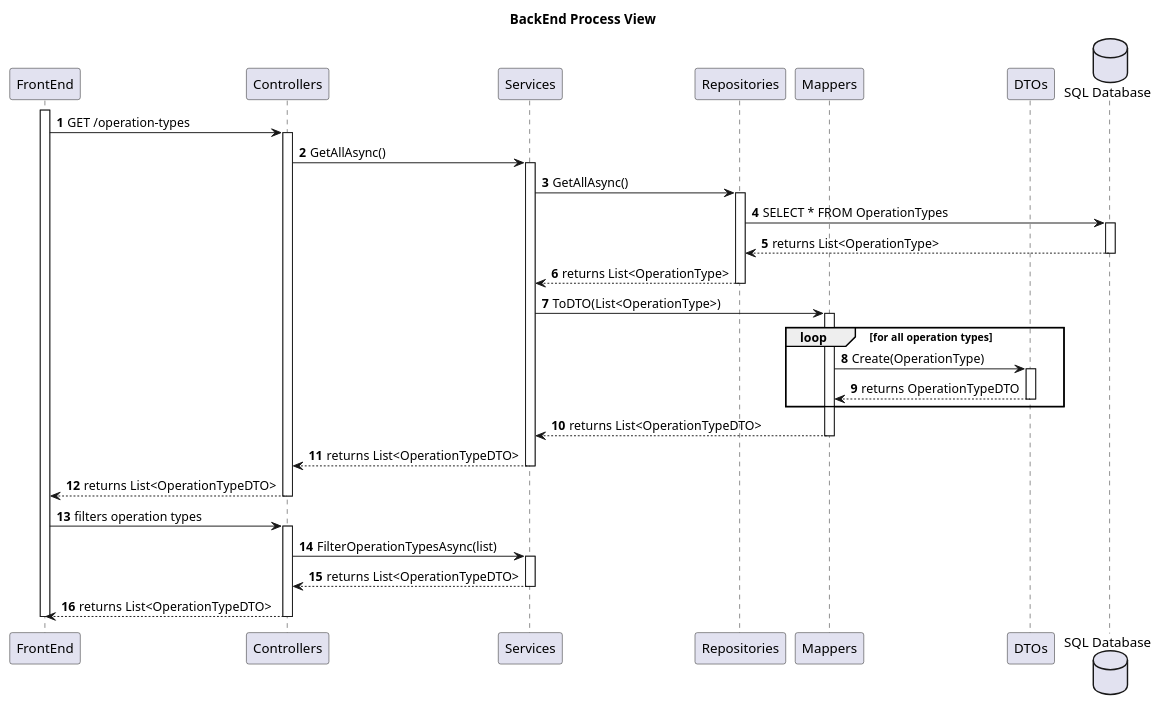
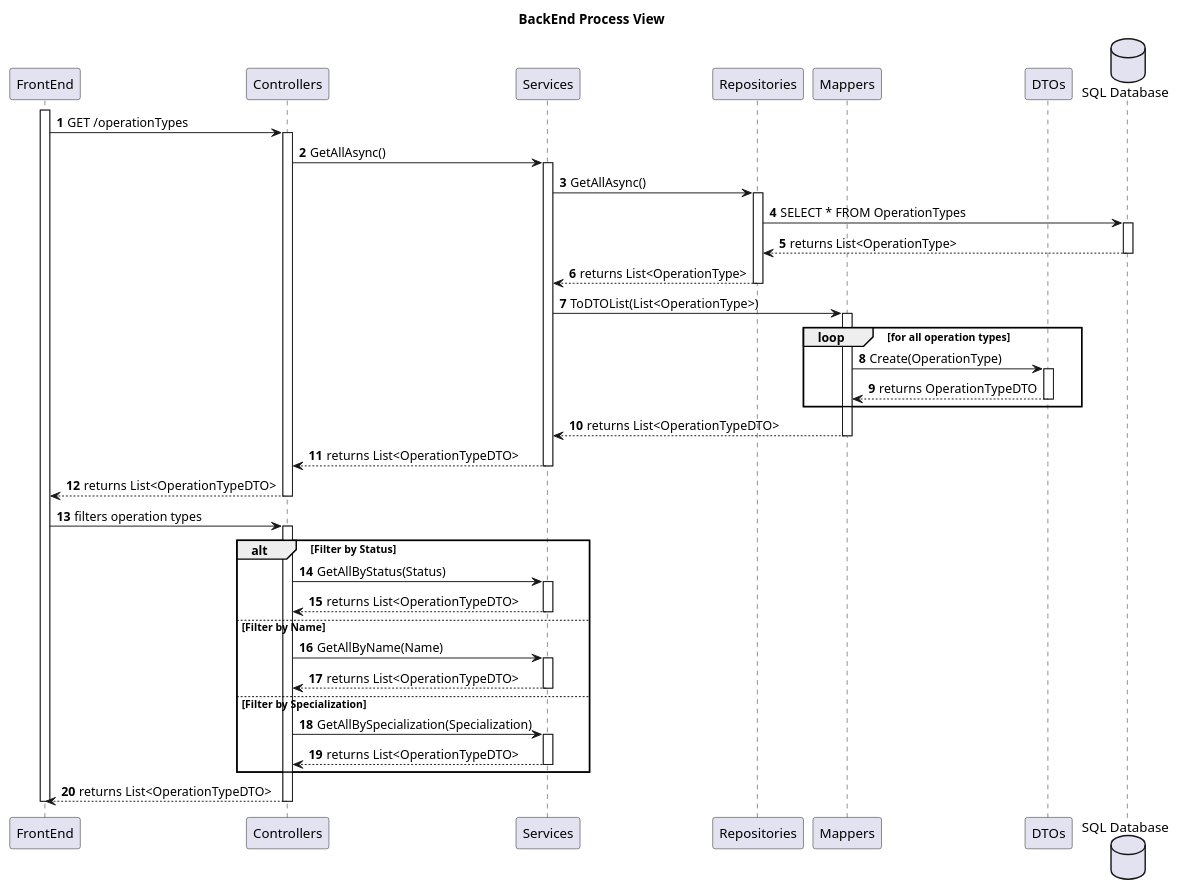
One commit to MiguelCardoso77/SurgicalSync-BackEnd changed the diagram in docs/SprintA/38-list-operation-types/level3/backend-process-view.puml. Above: the diagram before and after it, drawn with PlantUML. The commit also changed 10 other files, not shown here.

```diff
--- a/docs/SprintA/38-list-operation-types/level3/backend-process-view.puml
+++ b/docs/SprintA/38-list-operation-types/level3/backend-process-view.puml
@@ -1,67 +1,87 @@
  @startuml
 autonumber
 
 title BackEnd Process View
 
 participant "FrontEnd" as FE
 participant "Controllers" as CN
 participant "Services" as SV
 participant "Repositories" as REPO
 participant "Mappers" as MP
 participant "DTOs" as DTO
 database "SQL Database" as SQL
 
 activate FE
-    FE -> CN : GET /operation-types
+    FE -> CN : GET /operationTypes
     activate CN
         
         CN -> SV : GetAllAsync()
         activate SV
         
             SV -> REPO : GetAllAsync()
             activate REPO
             
                 REPO -> SQL : SELECT * FROM OperationTypes
                 activate SQL
                 
                     SQL --> REPO : returns List<OperationType>
                 deactivate SQL
             
                 REPO --> SV : returns List<OperationType>
             deactivate REPO
             
-            SV -> MP : ToDTO(List<OperationType>)
+            SV -> MP : ToDTOList(List<OperationType>)
             activate MP
             
 loop for all operation types
                 MP -> DTO : Create(OperationType)
                 activate DTO
                 
                     DTO --> MP : returns OperationTypeDTO
                 deactivate DTO
 end loop
             
                 MP --> SV : returns List<OperationTypeDTO>
             deactivate MP
         
             SV --> CN : returns List<OperationTypeDTO>
         deactivate SV
         
         CN --> FE : returns List<OperationTypeDTO>
     deactivate CN
     
     FE -> CN : filters operation types
     activate CN
     
-        CN -> SV : FilterOperationTypesAsync(list)
+alt Filter by Status
+    
+        CN -> SV : GetAllByStatus(Status)
         activate SV
         
             SV --> CN : returns List<OperationTypeDTO>
         deactivate SV
+        
+else Filter by Name
+
+        CN -> SV : GetAllByName(Name)
+        activate SV
+        
+            SV --> CN : returns List<OperationTypeDTO>
+        deactivate SV
+        
+else Filter by Specialization
+
+        CN -> SV : GetAllBySpecialization(Specialization)
+        activate SV
+        
+            SV --> CN : returns List<OperationTypeDTO>
+        deactivate SV
+
+end alt
         
         CN --> FE : returns List<OperationTypeDTO>
     deactivate CN
 
 deactivate FE
 
 @enduml
```
